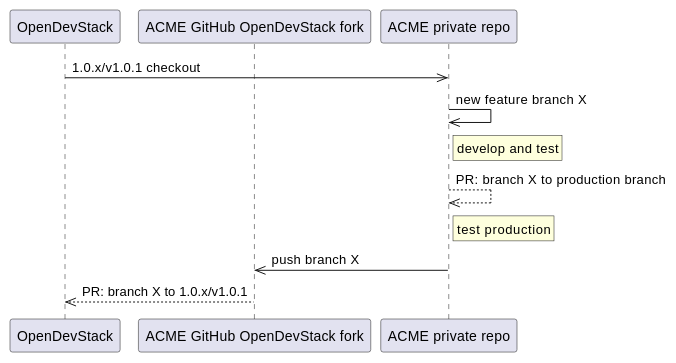
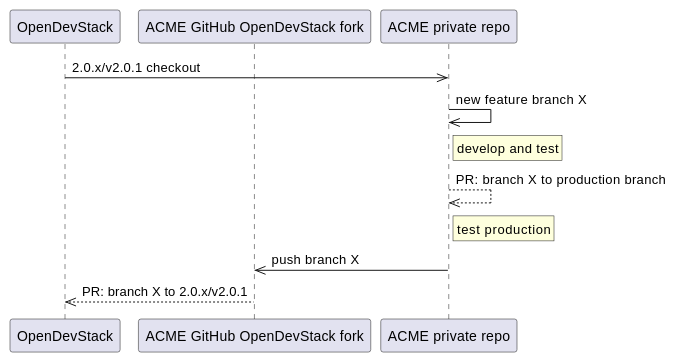
One commit to opendevstack/opendevstack.github.io changed the diagram in docs/modules/contributor-guides/pages/development.adoc. Above: the diagram before and after it, drawn with PlantUML. The commit also changed other lines of this file, not shown here.

```diff
--- a/docs/modules/contributor-guides/pages/development.adoc
+++ b/docs/modules/contributor-guides/pages/development.adoc
@@ -114,17 +116,17 @@
 [plantuml]
 ----
 participant OpenDevStack as A
 participant "ACME GitHub OpenDevStack fork" as B
 participant "ACME private repo" as C
-A->>C: 1.0.x/v1.0.1 checkout
+A->>C: 2.0.x/v2.0.1 checkout
 
 C->>C: new feature branch X
 rnote right of C: develop and test
 
 C-->>C: PR: branch X to production branch
 rnote right of C: test production
 
 C->>B: push branch X
 
-B-->>A: PR: branch X to 1.0.x/v1.0.1
+B-->>A: PR: branch X to 2.0.x/v2.0.1
 ----
```
